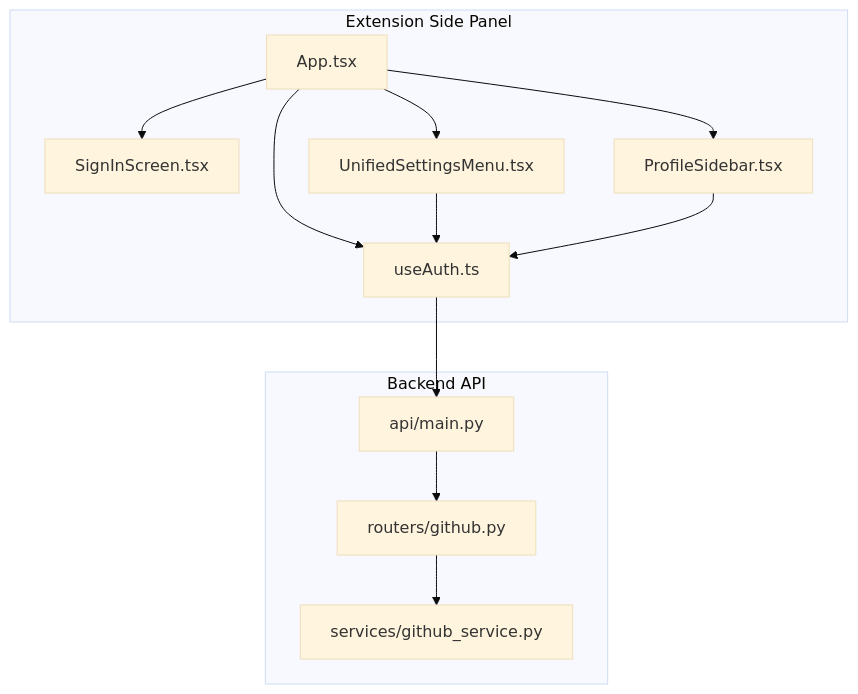
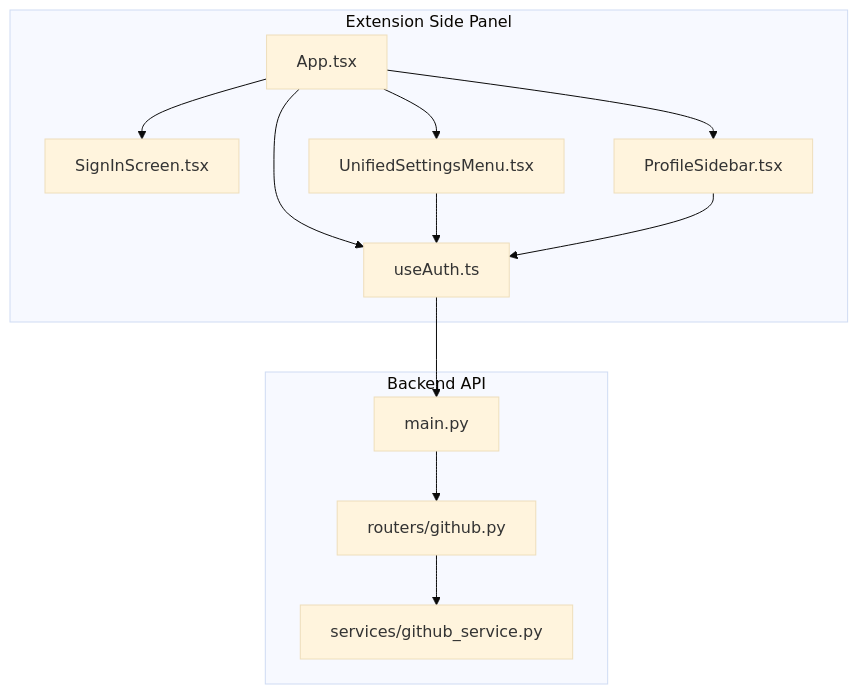
One commit to tashifkhan/tashif.codes changed the first of 7 diagrams in src/data/docs/agentic-browser/Browser Extension/Authentication System.md. Above: the diagram before and after it, drawn with Mermaid (base theme). The commit also changed other lines of this file and 2128 other files, not shown here.

First line of the commit message:
docs: replace raster diagram images with native Mermaid across project guides

````diff
--- a/src/data/docs/agentic-browser/Browser Extension/Authentication System.md
+++ b/src/data/docs/agentic-browser/Browser Extension/Authentication System.md
@@ -20,24 +14,24 @@
 ```mermaid
 graph TB
 subgraph "Extension Side Panel"
 A_App["App.tsx"]
 A_SignIn["SignInScreen.tsx"]
 A_Hook["useAuth.ts"]
 A_Profile["ProfileSidebar.tsx"]
 A_Settings["UnifiedSettingsMenu.tsx"]
 end
 subgraph "Backend API"
-B_API["api/main.py"]
+B_API["main.py"]
 B_Router["routers/github.py"]
 B_Service["services/github_service.py"]
 end
 A_App --> A_SignIn
 A_App --> A_Settings
 A_App --> A_Profile
 A_App --> A_Hook
 A_Hook --> B_API
 A_Settings --> A_Hook
 A_Profile --> A_Hook
 B_API --> B_Router
 B_Router --> B_Service
 ```
````
